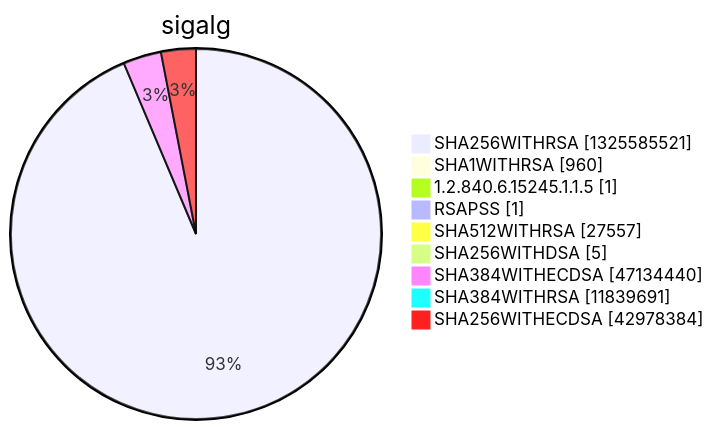
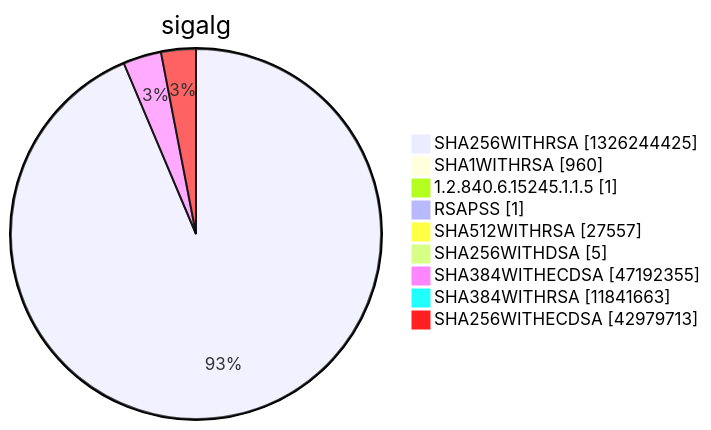
One commit to christiankrug/ctmonitor_visualization changed diagram 15 of 15 in argon2022/README.md. Above: the diagram before and after it, drawn with Mermaid. The commit also changed other lines of this file, not shown here.

````diff
--- a/argon2022/README.md
+++ b/argon2022/README.md
@@ -5524,13 +5524,13 @@
 ```mermaid
 pie showData
 title sigalg
-"SHA256WITHRSA" :1325585521
+"SHA256WITHRSA" :1326244425
 "SHA1WITHRSA" :960
 "1.2.840.6.15245.1.1.5" :1
 "RSAPSS" :1
 "SHA512WITHRSA" :27557
 "SHA256WITHDSA" :5
-"SHA384WITHECDSA" :47134440
-"SHA384WITHRSA" :11839691
-"SHA256WITHECDSA" :42978384
+"SHA384WITHECDSA" :47192355
+"SHA384WITHRSA" :11841663
+"SHA256WITHECDSA" :42979713
 ```
````
